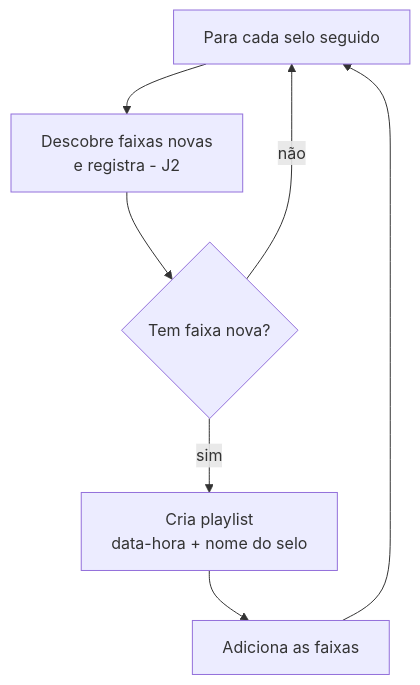
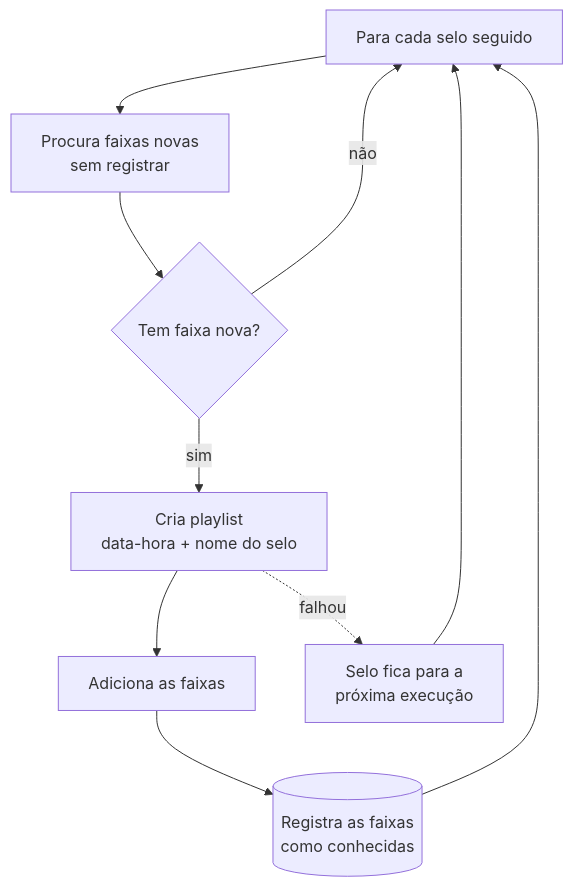
One commit to luiznaac/label-follower changed the fourth of 4 diagrams in docs/negocio.md. Above: the diagram before and after it, drawn with Mermaid. The commit also changed other lines of this file and 4 other files, not shown here.

````diff
--- a/docs/negocio.md
+++ b/docs/negocio.md
@@ -90,9 +90,12 @@
 ```mermaid
 flowchart TD
-    A[Para cada selo seguido] --> B[Descobre faixas novas<br/>e registra - J2]
+    A[Para cada selo seguido] --> B[Procura faixas novas<br/>sem registrar]
     B --> C{Tem faixa nova?}
     C -- não --> A
     C -- sim --> D[Cria playlist<br/>data-hora + nome do selo]
     D --> E[Adiciona as faixas]
-    E --> A
+    E --> F[(Registra as faixas<br/>como conhecidas)]
+    F --> A
+    D -. falhou .-> G[Selo fica para a<br/>próxima execução]
+    G --> A
 ```
````
